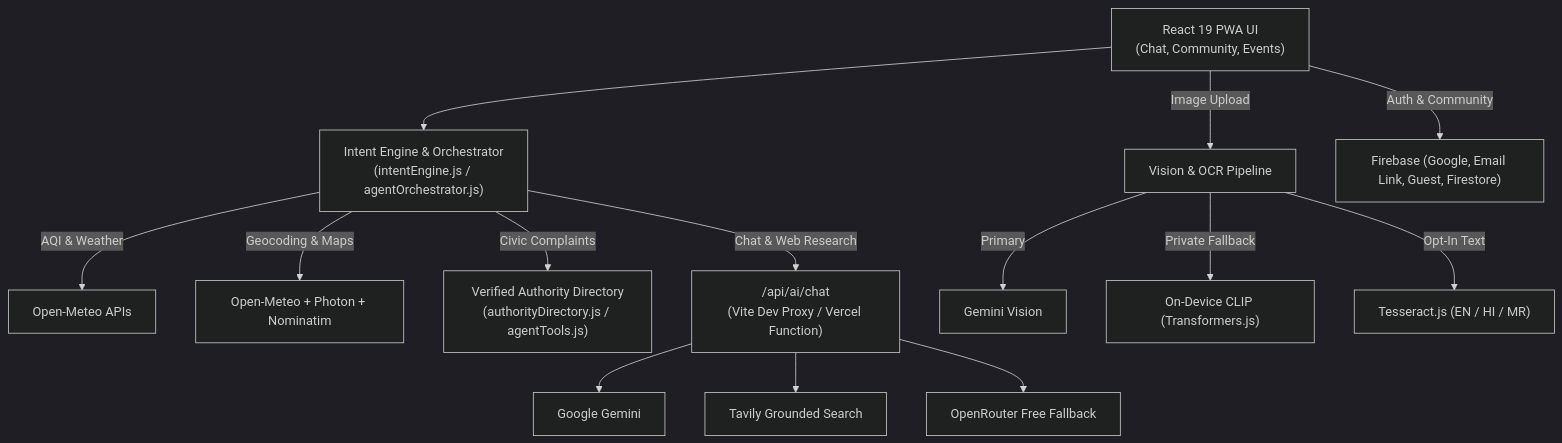
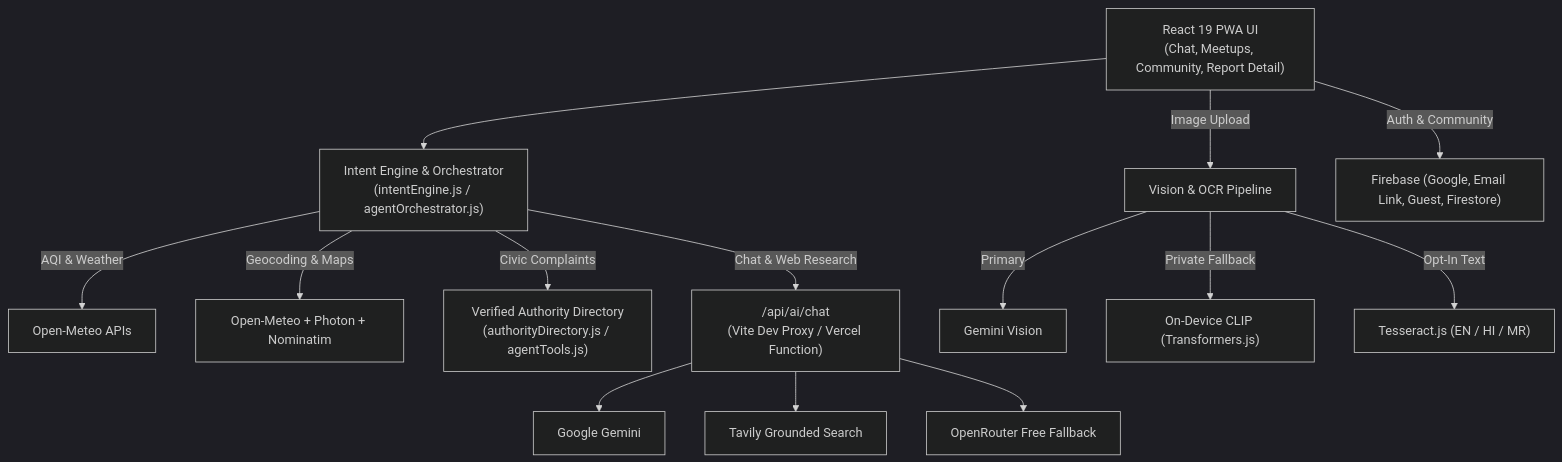
One commit to surajns0033-collab/ecopulse-ai changed the diagram in README.md. Above: the diagram before and after it, drawn with Mermaid (dark theme). The commit also changed other lines of this file and 2 other files, not shown here.

````diff
--- a/README.md
+++ b/README.md
@@ -85,20 +69,20 @@
 ```mermaid
 flowchart TB
-    UI["React 19 PWA UI<br/>(Chat, Community, Events)"] --> IE["Intent Engine & Orchestrator<br/>(intentEngine.js / agentOrchestrator.js)"]
+    UI["React 19 PWA UI<br/>(Chat, Meetups, Community, Report Detail)"] --> IE["Intent Engine & Orchestrator<br/>(intentEngine.js / agentOrchestrator.js)"]
 
     IE -->|"AQI & Weather"| OM["Open-Meteo APIs"]
     IE -->|"Geocoding & Maps"| GEO["Open-Meteo + Photon + Nominatim"]
     IE -->|"Civic Complaints"| DIR["Verified Authority Directory<br/>(authorityDirectory.js / agentTools.js)"]
     IE -->|"Chat & Web Research"| PROXY["/api/ai/chat<br/>(Vite Dev Proxy / Vercel Function)"]
 
     PROXY --> GEM["Google Gemini"]
     PROXY --> TAV["Tavily Grounded Search"]
     PROXY --> OR["OpenRouter Free Fallback"]
 
     UI -->|"Image Upload"| VIS["Vision & OCR Pipeline"]
     VIS -->|"Primary"| GEMV["Gemini Vision"]
     VIS -->|"Private Fallback"| CLIP["On-Device CLIP (Transformers.js)"]
     VIS -->|"Opt-In Text"| OCR["Tesseract.js (EN / HI / MR)"]
 
     UI -->|"Auth & Community"| FB["Firebase (Google, Email Link, Guest, Firestore)"]
 ```
````
